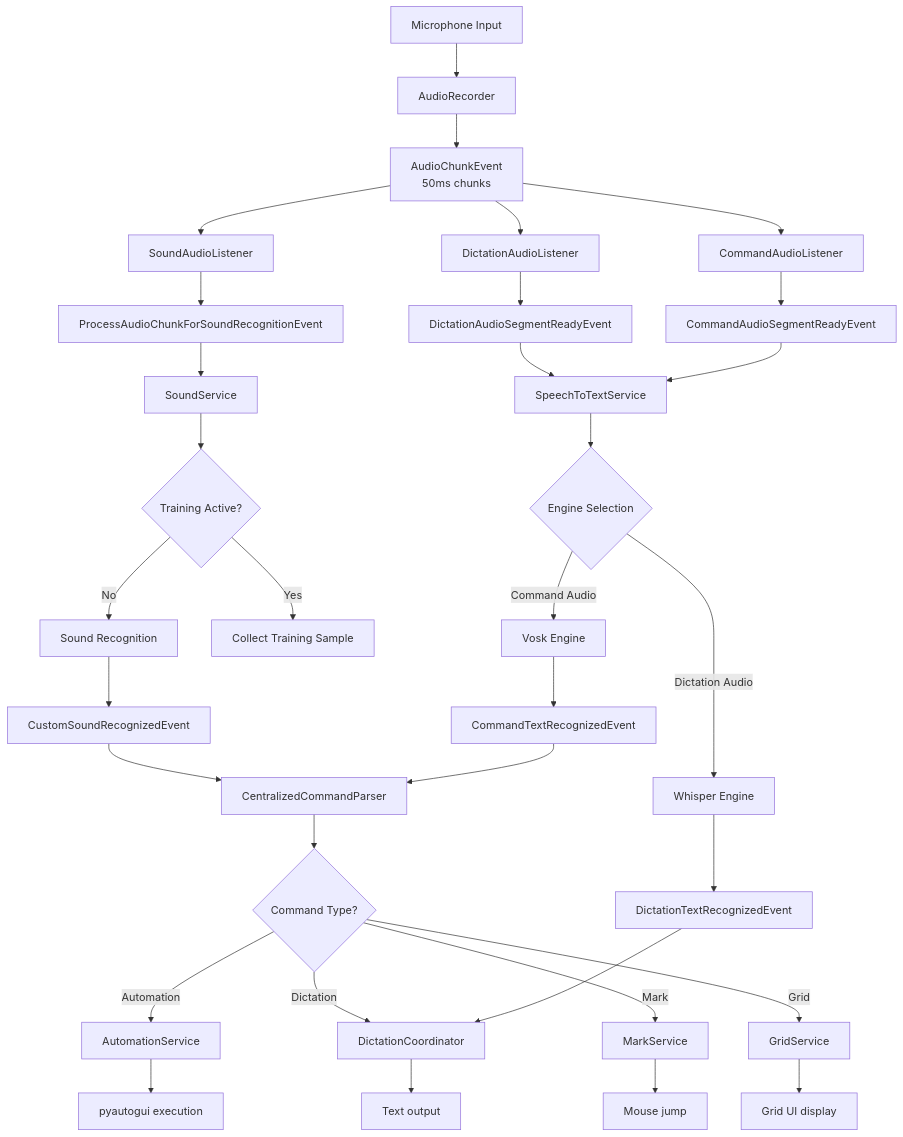
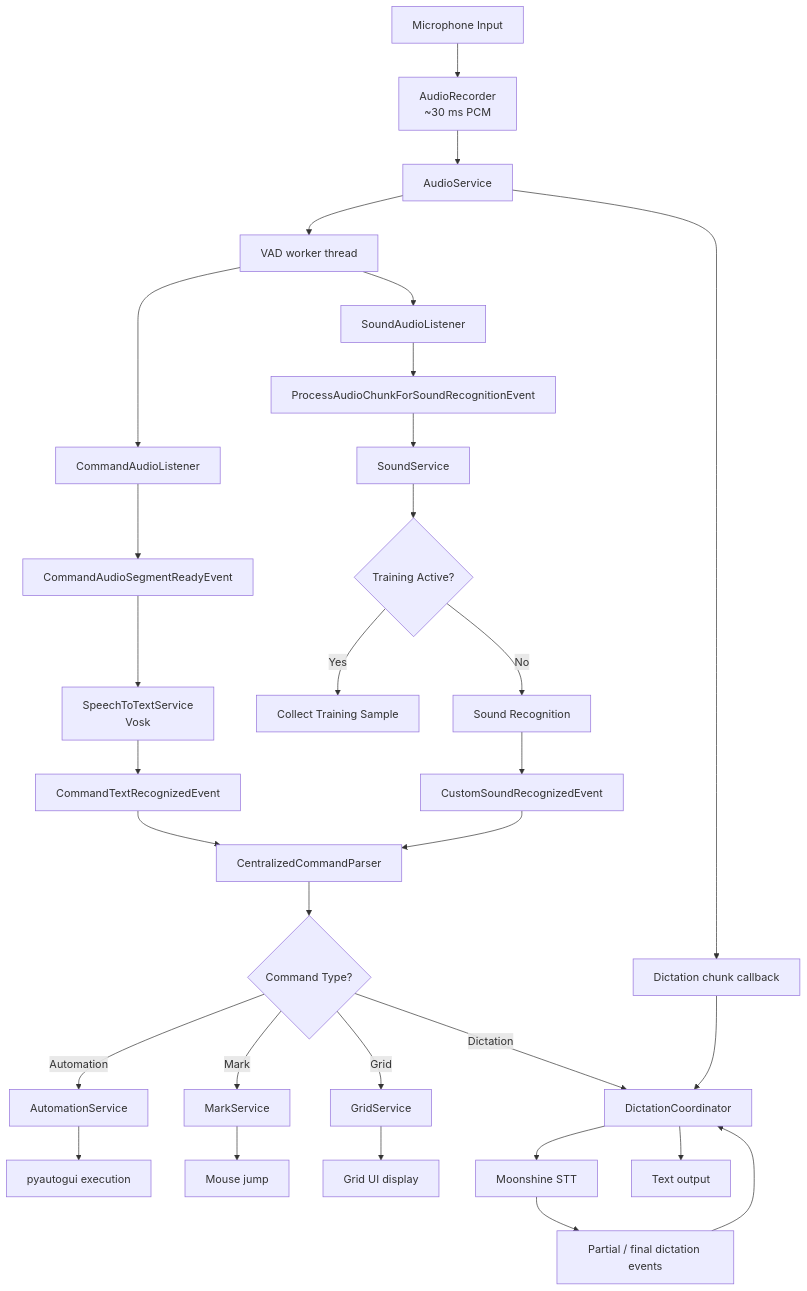
Before and after one commit to rick12000/vocalance: the first of 2 diagrams in docs/developer/introduction.rst, drawn with Mermaid. The commit also changed other lines of this file and 34 other files, not shown here.

Commit message:
replace whisper with moonshine

```diff
--- a/docs/developer/introduction.rst
+++ b/docs/developer/introduction.rst
@@ -15,44 +15,33 @@
 .. mermaid::
 
    flowchart TD
-       A[Microphone Input] --> B[AudioRecorder]
-       B --> C[AudioChunkEvent<br/>50ms chunks]
-
-       C --> D[CommandAudioListener]
-       C --> E[DictationAudioListener]
-       C --> F[SoundAudioListener]
-
-       D --> G[CommandAudioSegmentReadyEvent]
-       E --> H[DictationAudioSegmentReadyEvent]
-       F --> I[ProcessAudioChunkForSoundRecognitionEvent]
-
-       G --> J[SpeechToTextService]
-       H --> J
-
-       J --> K{Engine Selection}
-       K -->|Command Audio| L[Vosk Engine]
-       K -->|Dictation Audio| M[Whisper Engine]
-
-       L --> N[CommandTextRecognizedEvent]
-       M --> O[DictationTextRecognizedEvent]
-
-       I --> P[SoundService]
+       A[Microphone Input] --> B[AudioRecorder<br/>~30 ms PCM]
+       B --> C[AudioService]
+       C --> D[VAD worker thread]
+       D --> E[CommandAudioListener]
+       D --> F[SoundAudioListener]
+       E --> G[CommandAudioSegmentReadyEvent]
+       F --> H[ProcessAudioChunkForSoundRecognitionEvent]
+       G --> J[SpeechToTextService<br/>Vosk]
+       J --> N[CommandTextRecognizedEvent]
+       H --> P[SoundService]
        P --> Q{Training Active?}
        Q -->|Yes| R[Collect Training Sample]
        Q -->|No| S[Sound Recognition]
        S --> T[CustomSoundRecognizedEvent]
-
+       C --> K[Dictation chunk callback]
+       K --> L[DictationCoordinator]
+       L --> M[Moonshine STT]
+       M --> O[Partial / final dictation events]
        N --> U[CentralizedCommandParser]
-       O --> V[DictationCoordinator]
+       O --> L
        T --> U
-
        U --> W{Command Type?}
        W -->|Automation| X[AutomationService]
        W -->|Mark| Y[MarkService]
        W -->|Grid| Z[GridService]
-       W -->|Dictation| V
-
+       W -->|Dictation| L
        X --> AA[pyautogui execution]
        Y --> AB[Mouse jump]
        Z --> AC[Grid UI display]
-       V --> AD[Text output]
+       L --> AD[Text output]
```
